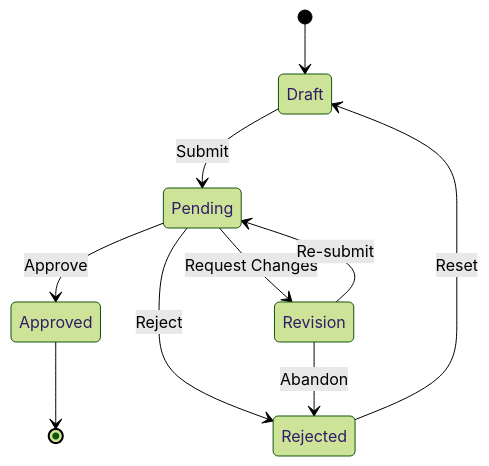
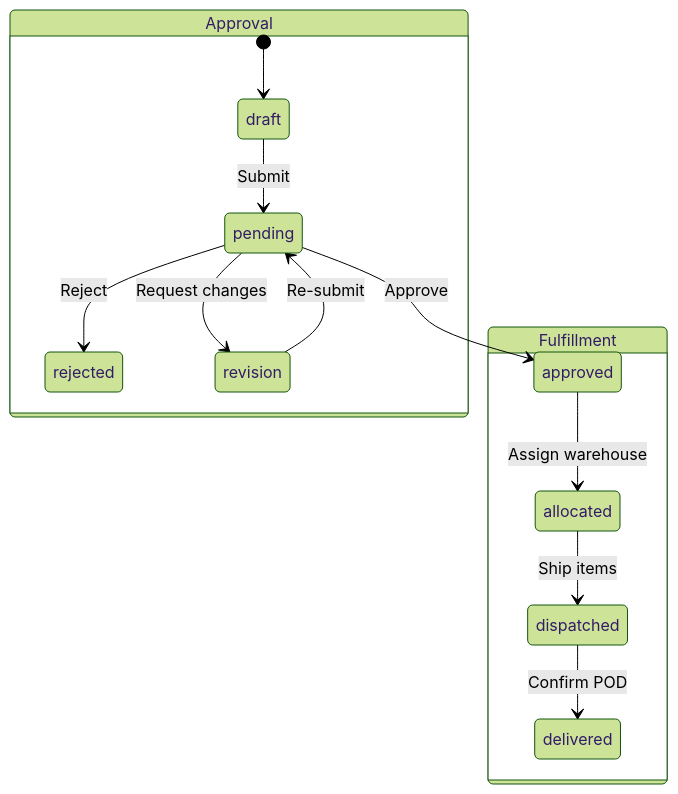
Before and after one commit to OpenSPP/documentation: the third of 4 diagrams in docs/developer_guide/drims/architecture.md, drawn with Mermaid (forest theme). The commit also changed other lines of this file and 12 other files, not shown here.

````diff
--- a/docs/developer_guide/drims/architecture.md
+++ b/docs/developer_guide/drims/architecture.md
@@ -406,12 +101,17 @@
-```mermaid
+```{mermaid}
 stateDiagram-v2
-    [*] --> Draft
-    Draft --> Pending: Submit
-    Pending --> Approved: Approve
-    Pending --> Rejected: Reject
-    Pending --> Revision: Request Changes
-    Revision --> Pending: Re-submit
-    Revision --> Rejected: Abandon
-    Rejected --> Draft: Reset
-    Approved --> [*]
+    state "Approval" as approval {
+        [*] --> draft
+        draft --> pending: Submit
+        pending --> approved: Approve
+        pending --> rejected: Reject
+        pending --> revision: Request changes
+        revision --> pending: Re-submit
+    }
+
+    state "Fulfillment" as fulfillment {
+        approved --> allocated: Assign warehouse
+        allocated --> dispatched: Ship items
+        dispatched --> delivered: Confirm POD
+    }
 ```
````
